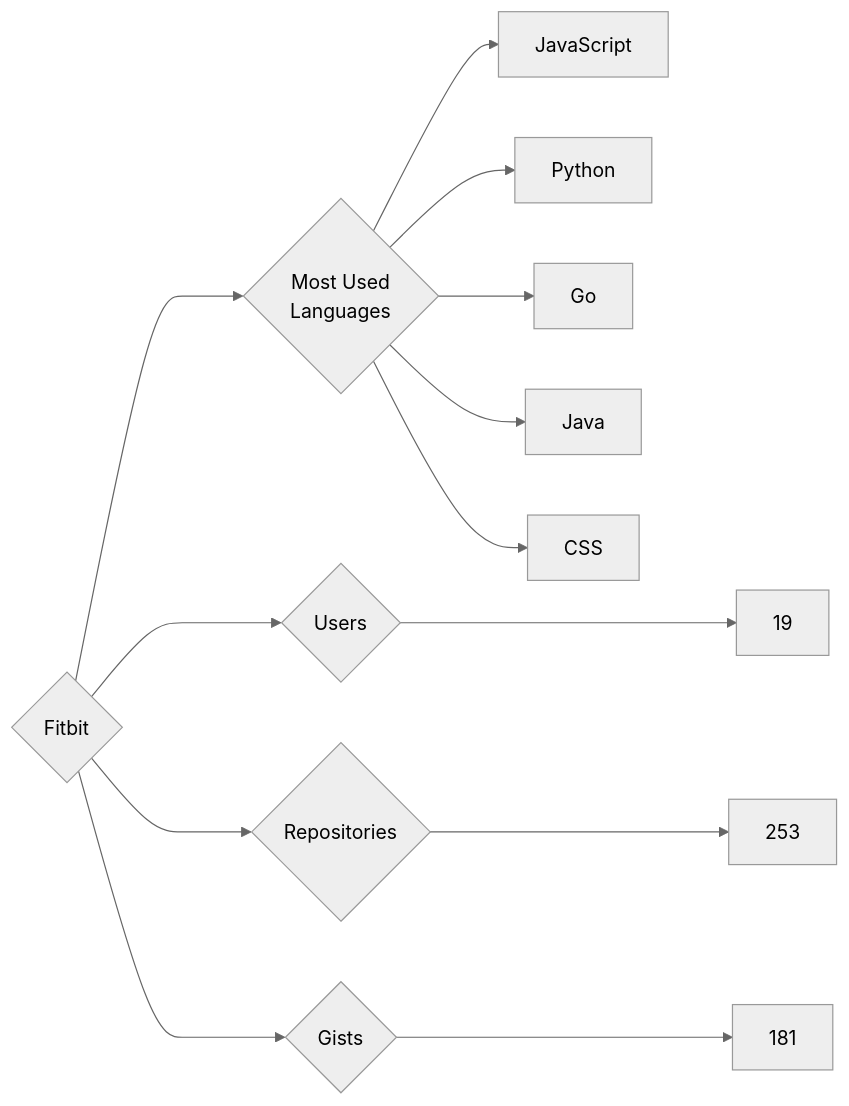
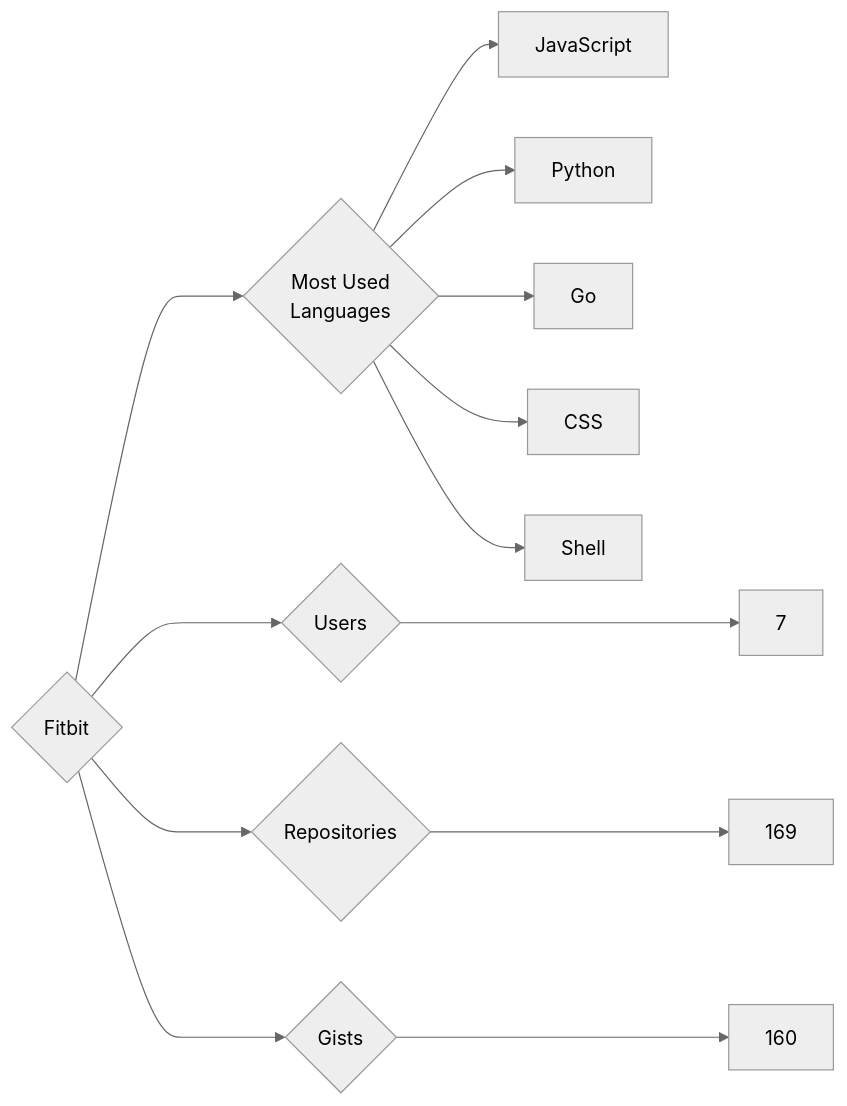
One commit to trickest/insiders changed the diagram in targets/Fitbit/README.md. Above: the diagram before and after it, drawn with Mermaid (neutral theme). The commit also changed 629 other files, not shown here.

````diff
--- a/targets/Fitbit/README.md
+++ b/targets/Fitbit/README.md
@@ -3,13 +3,13 @@
 ```mermaid
 graph LR
 COMPANY_NAME{Fitbit}
-COMPANY_NAME ---> U{Users} ---> UN[19]
-COMPANY_NAME ---> R{Repositories} ---> RN[253]
-COMPANY_NAME ---> G{Gists} ---> GN[181]
+COMPANY_NAME ---> U{Users} ---> UN[7]
+COMPANY_NAME ---> R{Repositories} ---> RN[169]
+COMPANY_NAME ---> G{Gists} ---> GN[160]
 COMPANY_NAME ---> ML{Most Used<br>Languages}
 ML --> JavaScript[JavaScript]
 ML --> Python[Python]
 ML --> Go[Go]
-ML --> Java[Java]
 ML --> CSS[CSS]
+ML --> Shell[Shell]
 ```
````
